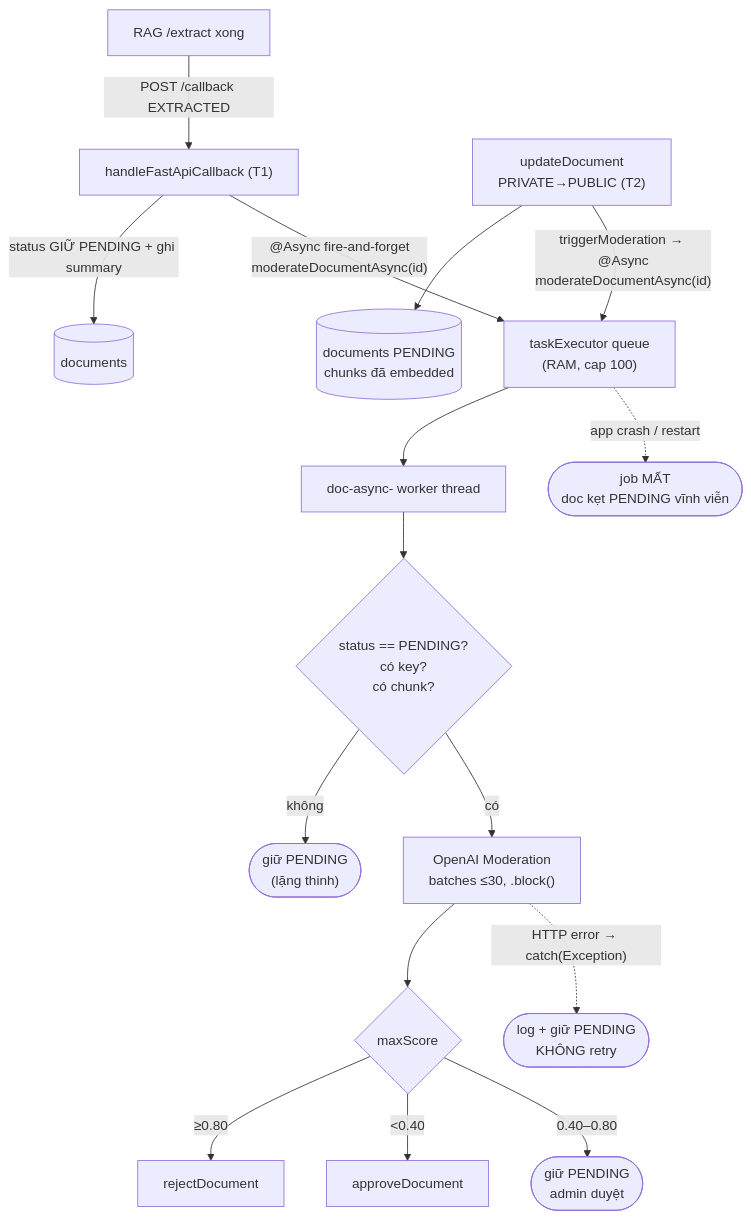
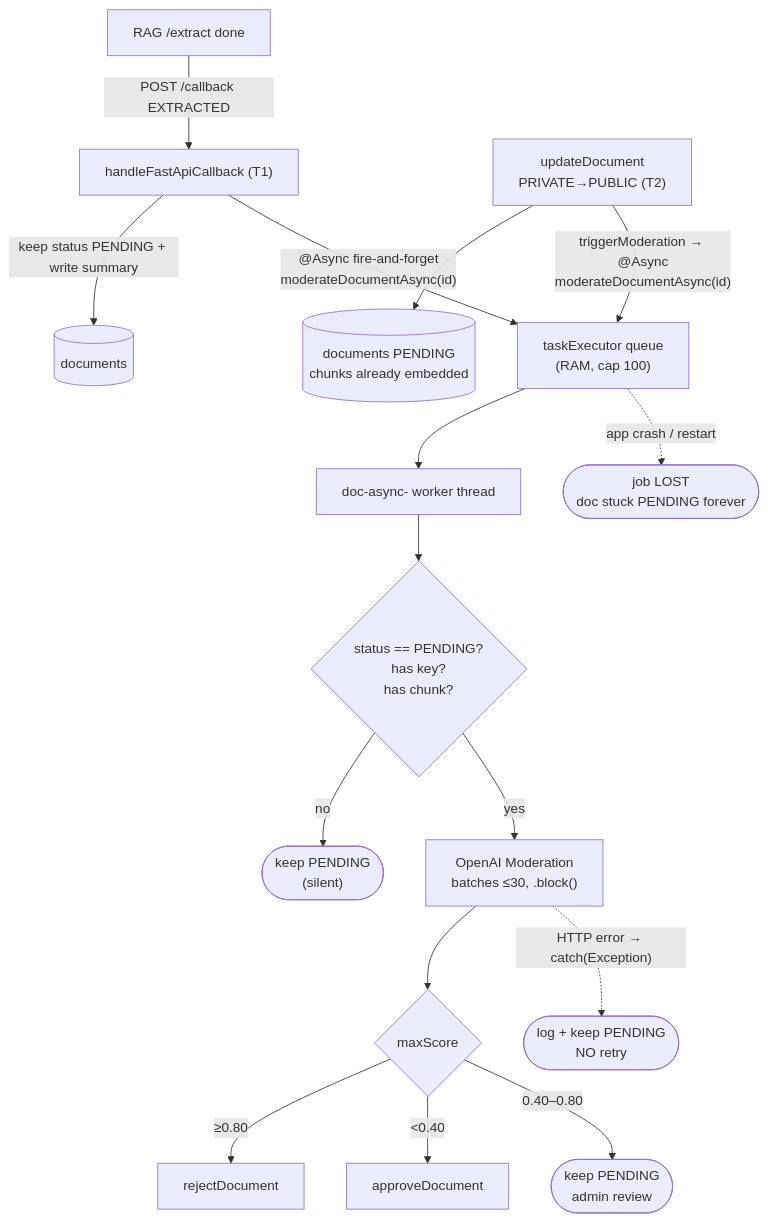
Before and after one commit to SWP-SUM26-AI-STUDY-HUB/ai-study-hub-api: the diagram in docs/moderation-streams-before.md, drawn with Mermaid. The commit also changed other lines of this file and 13 other files, not shown here.

````diff
--- a/docs/moderation-streams-before.md
+++ b/docs/moderation-streams-before.md
@@ -92,19 +92,19 @@
 ```mermaid
 flowchart TD
-    RAG["RAG /extract xong"] -->|"POST /callback EXTRACTED"| CB["handleFastApiCallback (T1)"]
-    UPD2["updateDocument<br/>PRIVATE→PUBLIC (T2)"] --> DB2[("documents PENDING<br/>chunks đã embedded")]
-    CB -->|"status GIỮ PENDING + ghi summary"| DB[("documents")]
+    RAG["RAG /extract done"] -->|"POST /callback EXTRACTED"| CB["handleFastApiCallback (T1)"]
+    UPD2["updateDocument<br/>PRIVATE→PUBLIC (T2)"] --> DB2[("documents PENDING<br/>chunks already embedded")]
+    CB -->|"keep status PENDING + write summary"| DB[("documents")]
     CB -->|"@Async fire-and-forget<br/>moderateDocumentAsync(id)"| Q["taskExecutor queue<br/>(RAM, cap 100)"]
     UPD2 -->|"triggerModeration → @Async<br/>moderateDocumentAsync(id)"| Q
     Q --> W["doc-async- worker thread"]
-    W --> CHK{"status == PENDING?<br/>có key?<br/>có chunk?"}
-    CHK -->|không| STUCK1(["giữ PENDING<br/>(lặng thinh)"])
-    CHK -->|có| OAI["OpenAI Moderation<br/>batches ≤30, .block()"]
+    W --> CHK{"status == PENDING?<br/>has key?<br/>has chunk?"}
+    CHK -->|no| STUCK1(["keep PENDING<br/>(silent)"])
+    CHK -->|yes| OAI["OpenAI Moderation<br/>batches ≤30, .block()"]
     OAI --> T{maxScore}
     T -->|"≥0.80"| REJ["rejectDocument"]
     T -->|"<0.40"| APR["approveDocument"]
-    T -->|"0.40–0.80"| PEN(["giữ PENDING<br/>admin duyệt"])
-    OAI -. "HTTP error → catch(Exception)" .-> STUCK2(["log + giữ PENDING<br/>KHÔNG retry"])
+    T -->|"0.40–0.80"| PEN(["keep PENDING<br/>admin review"])
+    OAI -. "HTTP error → catch(Exception)" .-> STUCK2(["log + keep PENDING<br/>NO retry"])
 
-    Q -. "app crash / restart" .-> LOST(["job MẤT<br/>doc kẹt PENDING vĩnh viễn"])
+    Q -. "app crash / restart" .-> LOST(["job LOST<br/>doc stuck PENDING forever"])
 ```
````
